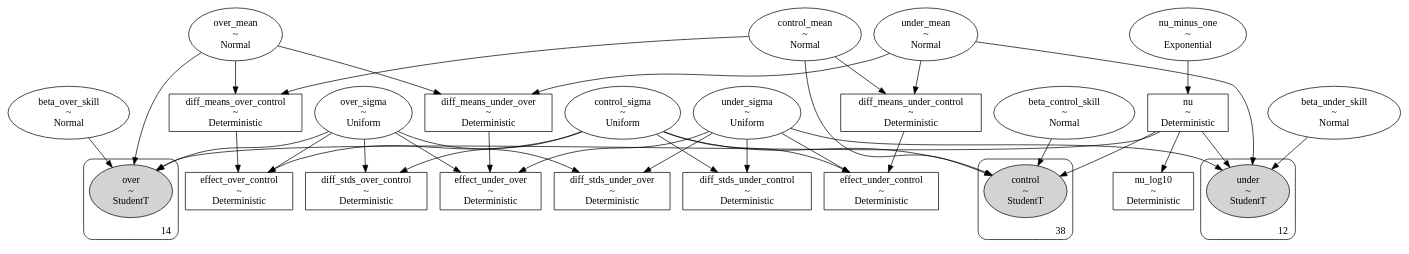
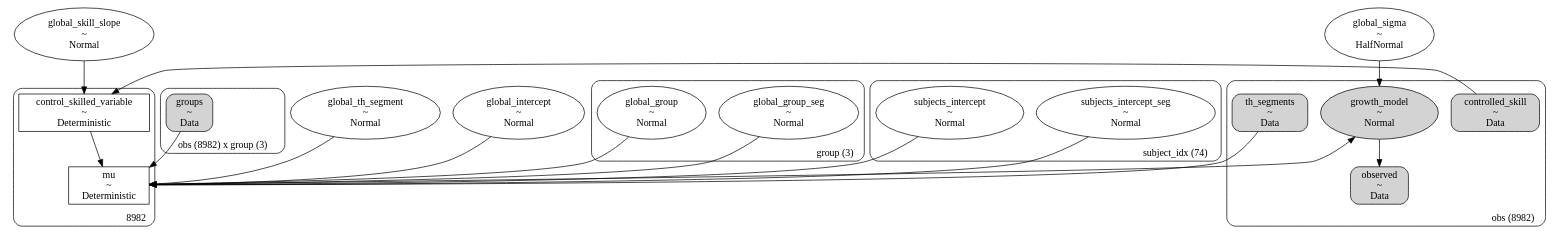
Before and after one commit to gitarja/TableTennisBayesianAnalysis: the diagram in .gv, drawn with Graphviz. The commit also changed 17 other files, not shown here.

```diff
--- a/.gv
+++ b/.gv
@@ -1,118 +1,76 @@
 digraph {
-	control_mean [label="control_mean
+	subgraph "clusterobs (8982)" {
+		controlled_skill [label="controlled_skill
+~
+Data" shape=box style="rounded, filled"]
+		growth_model [label="growth_model
+~
+Normal" shape=ellipse style=filled]
+		observed [label="observed
+~
+Data" shape=box style="rounded, filled"]
+		th_segments [label="th_segments
+~
+Data" shape=box style="rounded, filled"]
+		label="obs (8982)" labeljust=r labelloc=b style=rounded
+	}
+	subgraph "clusterobs (8982) x group (3)" {
+		groups [label="groups
+~
+Data" shape=box style="rounded, filled"]
+		label="obs (8982) x group (3)" labeljust=r labelloc=b style=rounded
+	}
+	global_th_segment [label="global_th_segment
 ~
 Normal" shape=ellipse]
-	diff_means_over_control [label="diff_means_over_control
+	global_sigma [label="global_sigma
+~
+HalfNormal" shape=ellipse]
+	global_skill_slope [label="global_skill_slope
+~
+Normal" shape=ellipse]
+	global_intercept [label="global_intercept
+~
+Normal" shape=ellipse]
+	subgraph "clustergroup (3)" {
+		global_group_seg [label="global_group_seg
+~
+Normal" shape=ellipse]
+		global_group [label="global_group
+~
+Normal" shape=ellipse]
+		label="group (3)" labeljust=r labelloc=b style=rounded
+	}
+	subgraph "clustersubject_idx (74)" {
+		subjects_intercept_seg [label="subjects_intercept_seg
+~
+Normal" shape=ellipse]
+		subjects_intercept [label="subjects_intercept
+~
+Normal" shape=ellipse]
+		label="subject_idx (74)" labeljust=r labelloc=b style=rounded
+	}
+	subgraph cluster8982 {
+		mu [label="mu
 ~
 Deterministic" shape=box]
-	diff_stds_over_control [label="diff_stds_over_control
+		control_skilled_variable [label="control_skilled_variable
 ~
 Deterministic" shape=box]
-	beta_over_skill [label="beta_over_skill
-~
-Normal" shape=ellipse]
-	under_sigma [label="under_sigma
-~
-Uniform" shape=ellipse]
-	diff_means_under_control [label="diff_means_under_control
-~
-Deterministic" shape=box]
-	diff_means_under_over [label="diff_means_under_over
-~
-Deterministic" shape=box]
-	effect_under_over [label="effect_under_over
-~
-Deterministic" shape=box]
-	diff_stds_under_over [label="diff_stds_under_over
-~
-Deterministic" shape=box]
-	effect_under_control [label="effect_under_control
-~
-Deterministic" shape=box]
-	under_mean [label="under_mean
-~
-Normal" shape=ellipse]
-	control_sigma [label="control_sigma
-~
-Uniform" shape=ellipse]
-	nu_minus_one [label="nu_minus_one
-~
-Exponential" shape=ellipse]
-	beta_under_skill [label="beta_under_skill
-~
-Normal" shape=ellipse]
-	beta_control_skill [label="beta_control_skill
-~
-Normal" shape=ellipse]
-	effect_over_control [label="effect_over_control
-~
-Deterministic" shape=box]
-	over_mean [label="over_mean
-~
-Normal" shape=ellipse]
-	nu [label="nu
-~
-Deterministic" shape=box]
-	nu_log10 [label="nu_log10
-~
-Deterministic" shape=box]
-	over_sigma [label="over_sigma
-~
-Uniform" shape=ellipse]
-	diff_stds_under_control [label="diff_stds_under_control
-~
-Deterministic" shape=box]
-	subgraph cluster38 {
-		control [label="control
-~
-StudentT" shape=ellipse style=filled]
-		label=38 labeljust=r labelloc=b style=rounded
+		label=8982 labeljust=r labelloc=b style=rounded
 	}
-	subgraph cluster12 {
-		under [label="under
-~
-StudentT" shape=ellipse style=filled]
-		label=12 labeljust=r labelloc=b style=rounded
-	}
-	subgraph cluster14 {
-		over [label="over
-~
-StudentT" shape=ellipse style=filled]
-		label=14 labeljust=r labelloc=b style=rounded
-	}
-	nu_minus_one -> nu
-	nu -> nu_log10
-	control_sigma -> control
-	control_mean -> control
-	nu -> control
-	beta_control_skill -> control
-	under_mean -> under
-	beta_under_skill -> under
-	nu -> under
-	under_sigma -> under
-	over_sigma -> over
-	over_mean -> over
-	nu -> over
-	beta_over_skill -> over
-	under_mean -> diff_means_under_control
-	control_mean -> diff_means_under_control
-	control_mean -> diff_means_over_control
-	over_mean -> diff_means_over_control
-	under_mean -> diff_means_under_over
-	over_mean -> diff_means_under_over
-	control_sigma -> diff_stds_under_control
-	under_sigma -> diff_stds_under_control
-	control_sigma -> diff_stds_over_control
-	over_sigma -> diff_stds_over_control
-	over_sigma -> diff_stds_under_over
-	under_sigma -> diff_stds_under_over
-	control_sigma -> effect_under_control
-	diff_means_under_control -> effect_under_control
-	under_sigma -> effect_under_control
-	over_sigma -> effect_over_control
-	diff_means_over_control -> effect_over_control
-	control_sigma -> effect_over_control
-	over_sigma -> effect_under_over
-	diff_means_under_over -> effect_under_over
-	under_sigma -> effect_under_over
+	growth_model -> observed
+	controlled_skill -> control_skilled_variable
+	global_skill_slope -> control_skilled_variable
+	global_th_segment -> mu
+	subjects_intercept -> mu
+	global_group_seg -> mu
+	global_group -> mu
+	groups -> mu
+	global_intercept -> mu
+	th_segments -> mu
+	control_skilled_variable -> mu
+	subjects_intercept_seg -> mu
+	mu -> growth_model
+	global_sigma -> growth_model
 }
```
